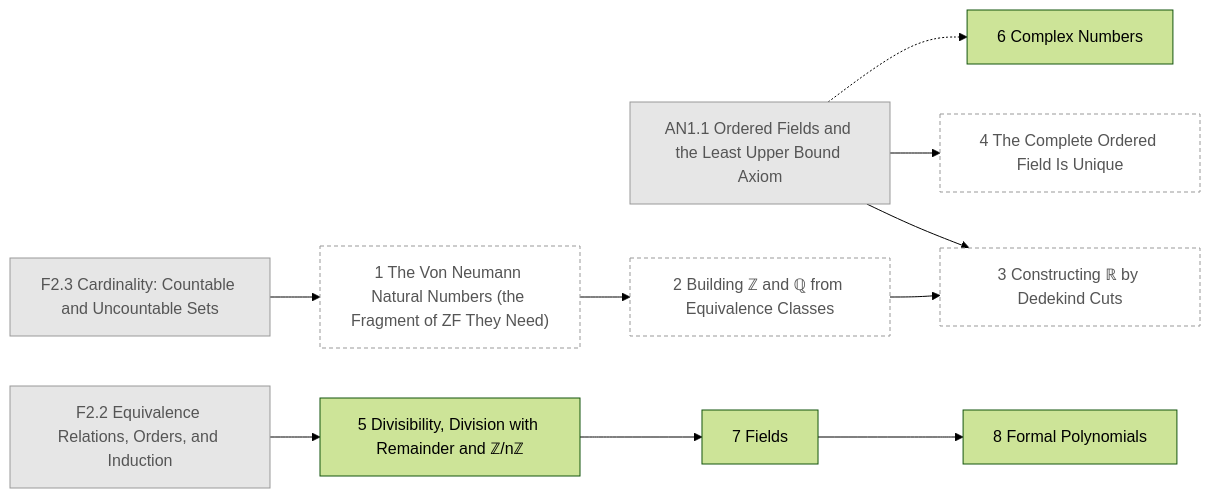
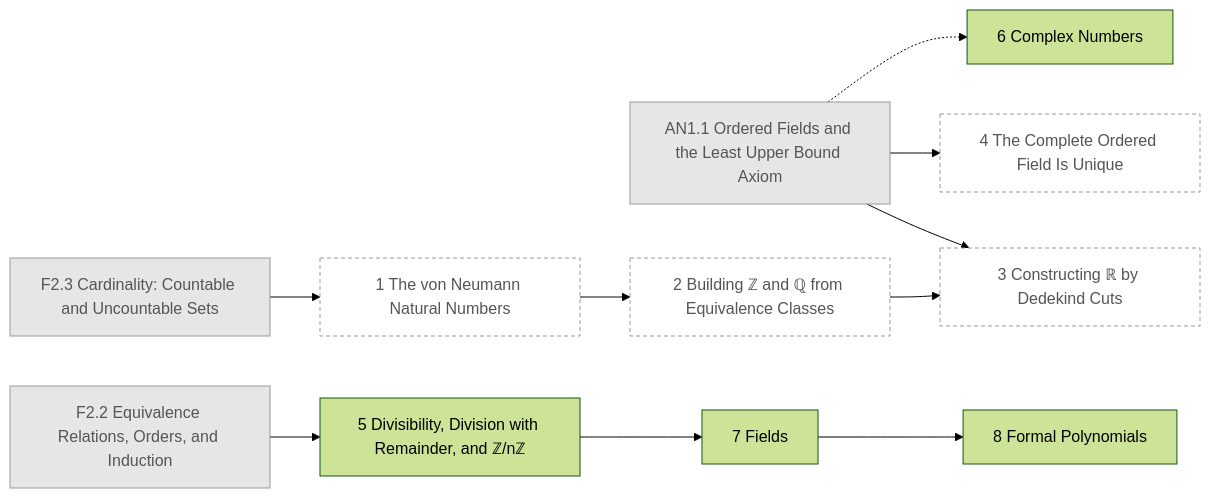
The fifth of 26 diagrams in generated/README.md (AkizumiFox/math-atlas), drawn with Mermaid (forest theme) before and after one commit. The commit also changed other lines of this file and 24 other files, not shown here.

````diff
--- a/generated/README.md
+++ b/generated/README.md
@@ -144,26 +144,26 @@
 ```mermaid
 flowchart LR
   F2_2["F2.2 Equivalence Relations, Orders, and Induction"]:::ext
   F2_3["F2.3 Cardinality: Countable and Uncountable Sets"]:::ext
   AN1_1["AN1.1 Ordered Fields and the Least Upper Bound Axiom"]:::ext
-  F3_1["1 The Von Neumann Natural Numbers (the Fragment of ZF They Need)"]:::opt
+  F3_1["1 The von Neumann Natural Numbers"]:::opt
   F3_2["2 Building ℤ and ℚ from Equivalence Classes"]:::opt
   F3_3["3 Constructing ℝ by Dedekind Cuts"]:::opt
   F3_4["4 The Complete Ordered Field Is Unique"]:::opt
-  F3_5["5 Divisibility, Division with Remainder and ℤ/nℤ"]
+  F3_5["5 Divisibility, Division with Remainder, and ℤ/nℤ"]
   F3_6["6 Complex Numbers"]
   F3_7["7 Fields"]
   F3_8["8 Formal Polynomials"]
   F2_3 --> F3_1
   F3_1 --> F3_2
   AN1_1 --> F3_3
   F3_2 --> F3_3
   AN1_1 --> F3_4
   F2_2 --> F3_5
   AN1_1 -.-> F3_6
   F3_5 --> F3_7
   F3_7 --> F3_8
   classDef ext fill:#e6e6e6,stroke:#999,color:#555
   classDef opt fill:#fff,stroke:#999,stroke-dasharray:4 3,color:#555
   classDef segb fill:#f6f6fb,stroke:#99a,color:#333
 ```
````
